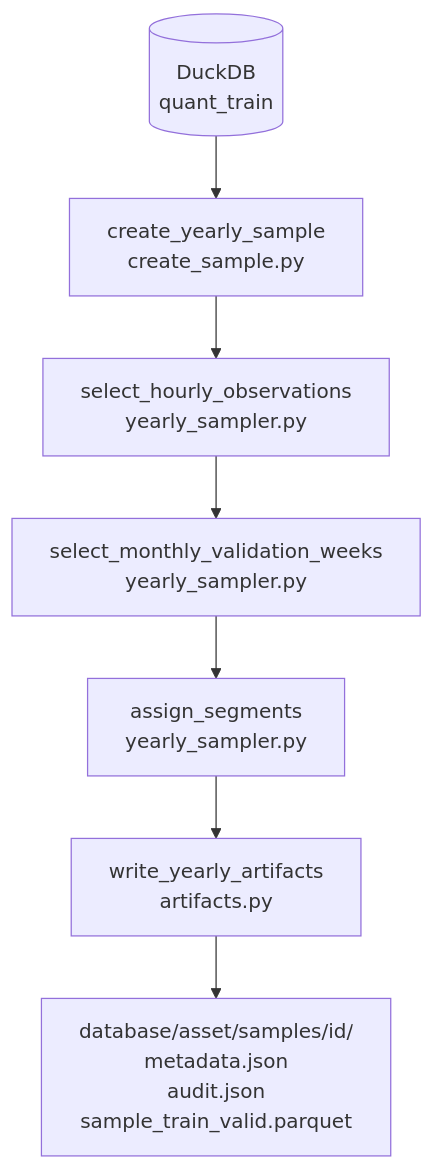
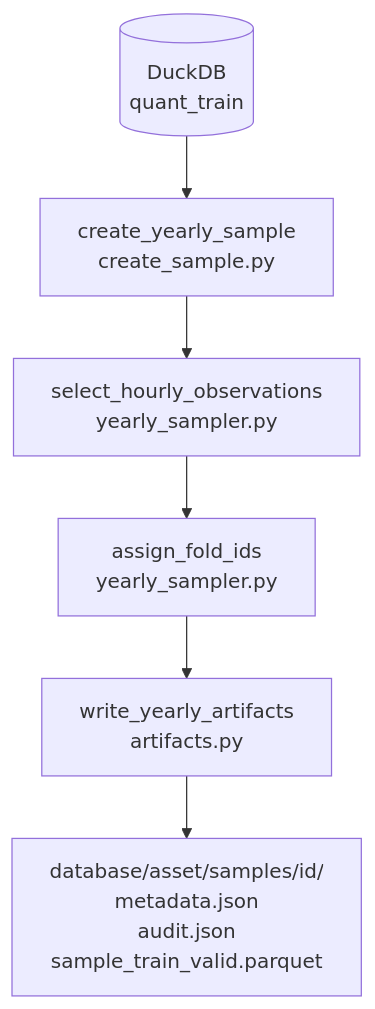
The first of 4 diagrams in _doc_/5010_sampling_yearly.md (Nemesis14/chronoquant), drawn with Mermaid before and after one commit. The commit also changed other lines of this file and 1226 other files, not shown here.

````diff
--- a/_doc_/5010_sampling_yearly.md
+++ b/_doc_/5010_sampling_yearly.md
@@ -11,9 +11,8 @@
 ```mermaid
 flowchart TD
   QT[(DuckDB\nquant_train)] --> CS[create_yearly_sample\ncreate_sample.py]
   CS --> A[select_hourly_observations\nyearly_sampler.py]
-  A --> B[select_monthly_validation_weeks\nyearly_sampler.py]
-  B --> C[assign_segments\nyearly_sampler.py]
-  C --> D[write_yearly_artifacts\nartifacts.py]
+  A --> B[assign_fold_ids\nyearly_sampler.py]
+  B --> D[write_yearly_artifacts\nartifacts.py]
   D --> E[database/asset/samples/id/\nmetadata.json\naudit.json\nsample_train_valid.parquet]
 ```
````
